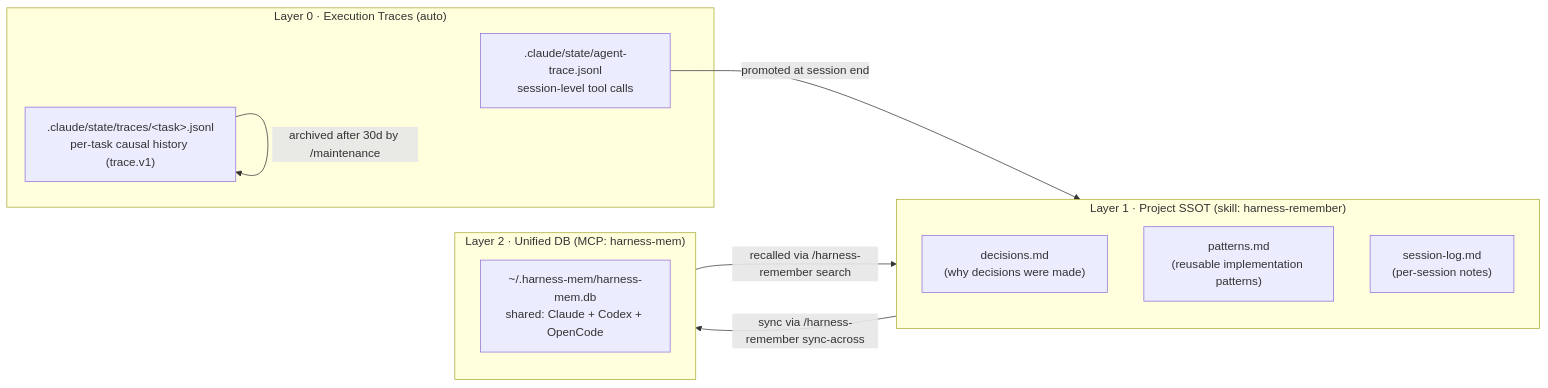
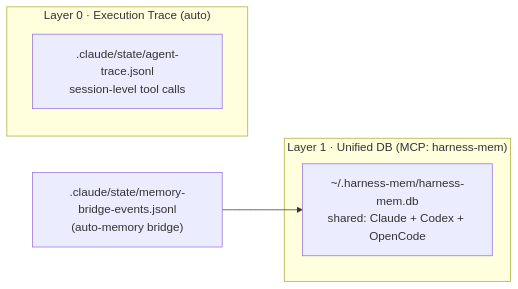
One commit to tim-hub/powerball-harness changed the fourth of 4 diagrams in harness/README.md. Above: the diagram before and after it, drawn with Mermaid. The commit also changed other lines of this file and 99 other files, not shown here.

````diff
--- a/harness/README.md
+++ b/harness/README.md
@@ -186,20 +184,11 @@
 ```mermaid
 flowchart LR
-    subgraph L0["Layer 0 · Execution Traces (auto)"]
+    subgraph L0["Layer 0 · Execution Trace (auto)"]
         AT[".claude/state/agent-trace.jsonl\nsession-level tool calls"]
-        TT[".claude/state/traces/&lt;task&gt;.jsonl\nper-task causal history (trace.v1)"]
     end
-    subgraph L1["Layer 1 · Project SSOT (skill: harness-remember)"]
-        DEC2["decisions.md\n(why decisions were made)"]
-        PAT["patterns.md\n(reusable implementation patterns)"]
-        SL["session-log.md\n(per-session notes)"]
-    end
-    subgraph L2["Layer 2 · Unified DB (MCP: harness-mem)"]
+    subgraph L1["Layer 1 · Unified DB (MCP: harness-mem)"]
         DB["~/.harness-mem/harness-mem.db\nshared: Claude + Codex + OpenCode"]
     end
 
-    AT -->|promoted at session end| L1
-    TT -->|archived after 30d by /maintenance| TT
-    L1 -->|sync via /harness-remember sync-across| L2
-    L2 -->|recalled via /harness-remember search| L1
+    BR[".claude/state/memory-bridge-events.jsonl\n(auto-memory bridge)"] --> DB
 ```
````
